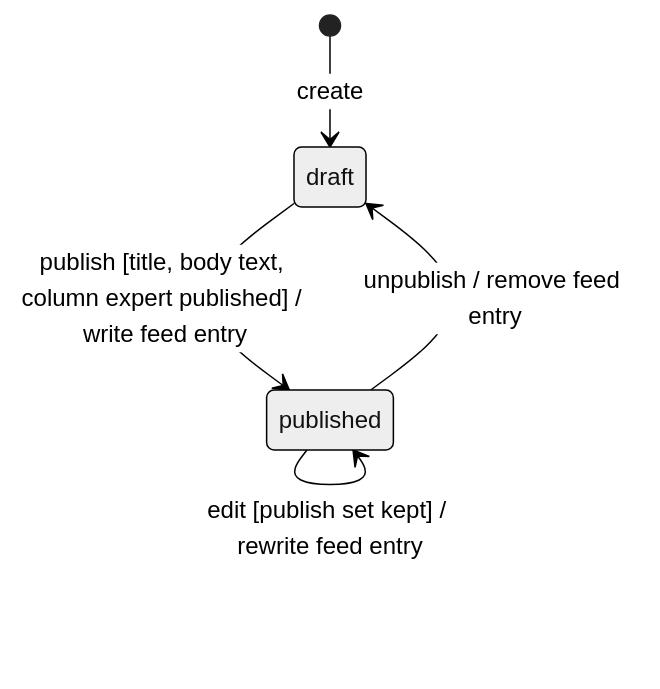
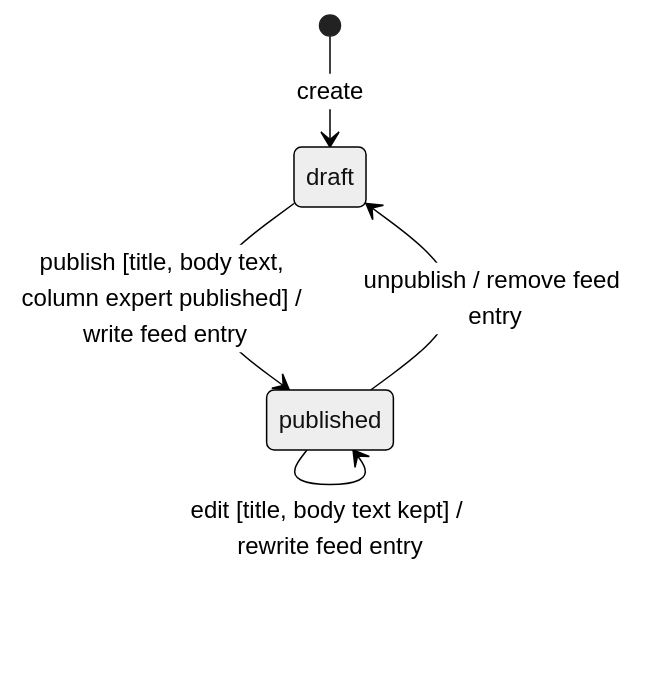
One commit to doctor-school/ds-platform changed the third of 4 diagrams in apps/docs/content/specs/features/048-materials-feed/048-design.md. Above: the diagram before and after it, drawn with Mermaid (neutral theme). The commit also changed other lines of this file and 3 other files, not shown here.

````diff
--- a/apps/docs/content/specs/features/048-materials-feed/048-design.md
+++ b/apps/docs/content/specs/features/048-materials-feed/048-design.md
@@ -165,7 +165,7 @@
 ```mermaid
 stateDiagram-v2
   [*] --> draft: create
   draft --> published: publish [title, body text, column expert published] / write feed entry
-  published --> published: edit [publish set kept] / rewrite feed entry
+  published --> published: edit [title, body text kept] / rewrite feed entry
   published --> draft: unpublish / remove feed entry
 ```
````
